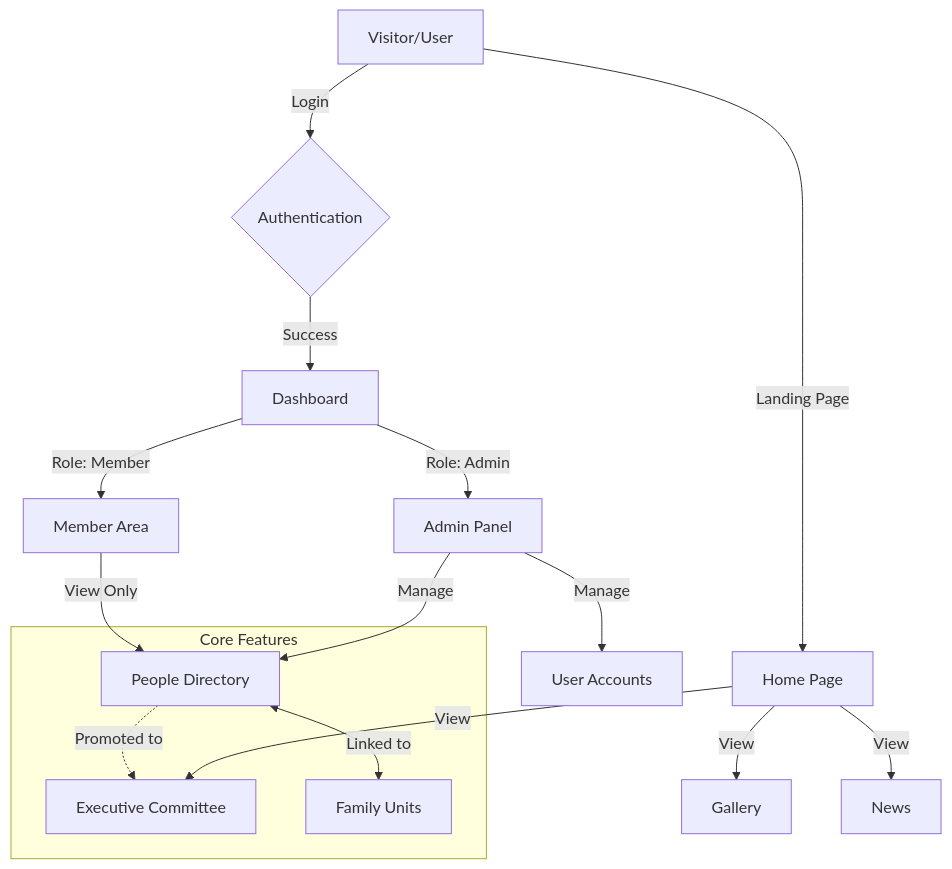
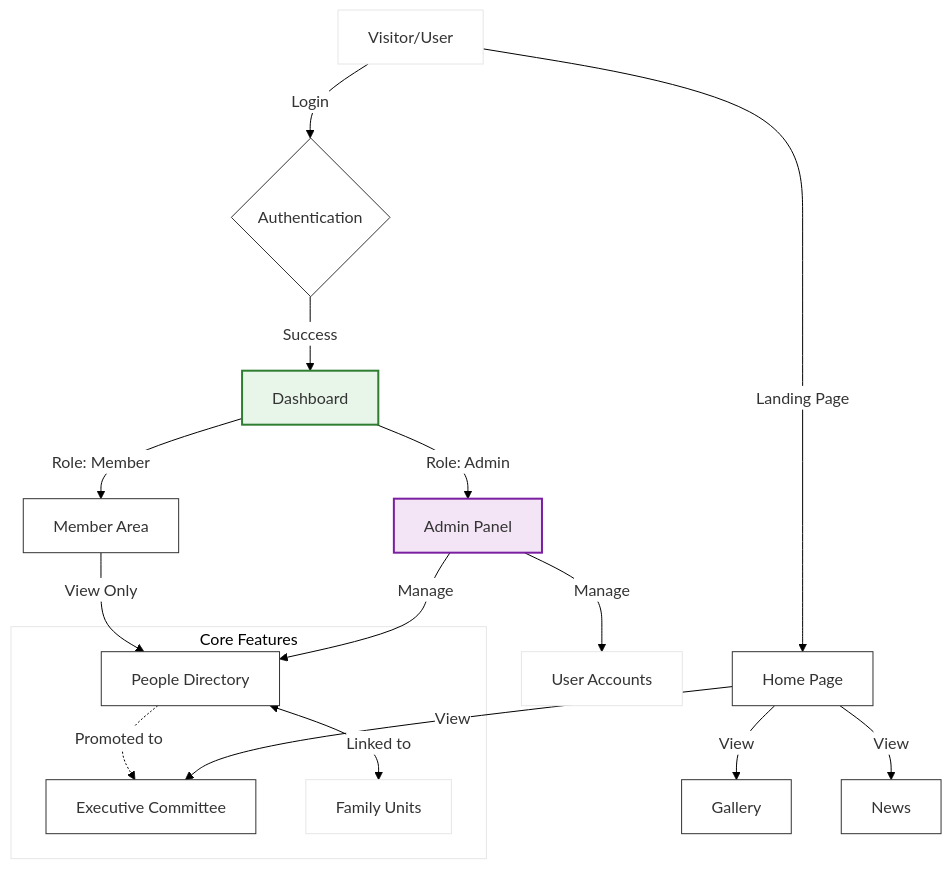
The second of 4 diagrams in Project Documentation.md (kantha27mevadasuthar01/The-New-Samaj-Site), drawn with Mermaid before and after one commit. The commit also changed other lines of this file and 5 other files, not shown here.

````diff
--- a/Project Documentation.md
+++ b/Project Documentation.md
@@ -169,22 +193,27 @@
 ```mermaid
+%%{init: {'theme': 'base', 'themeVariables': { 'primaryColor': '#ffffff', 'edgeLabelBackground':'#ffffff', 'tertiaryColor': '#ffffff', 'lineColor': '#000000', 'textColor': '#000000'}}}%%
 graph TD
+    classDef plain fill:#fff,stroke:#333,stroke-width:1px;
+    classDef success fill:#e8f5e9,stroke:#2e7d32,stroke-width:2px;
+    classDef accent fill:#f3e5f5,stroke:#7b1fa2,stroke-width:2px;
+
     User[Visitor/User] -->|Landing Page| Home[Home Page]
-    Home -->|View| Gallery
-    Home -->|View| News
-    Home -->|View| Committee
+    Home:::plain -->|View| Gallery:::plain
+    Home -->|View| News:::plain
+    Home -->|View| Committee:::plain
     
     User -->|Login| Auth{Authentication}
-    Auth -->|Success| Dashboard
+    Auth:::plain -->|Success| Dashboard:::success
     
     Dashboard -->|Role: Admin| AdminPanel[Admin Panel]
-    AdminPanel -->|Manage| People[People Directory]
+    AdminPanel:::accent -->|Manage| People[People Directory]
     AdminPanel -->|Manage| Users[User Accounts]
     
     Dashboard -->|Role: Member| MemberView[Member Area]
-    MemberView -->|View Only| People
+    MemberView:::plain -->|View Only| People
     
     subgraph Core Features
-    People <-->|Linked to| Family[Family Units]
+    People:::plain <-->|Linked to| Family[Family Units]
     People -.->|Promoted to| Committee[Executive Committee]
     end
 ```
````
